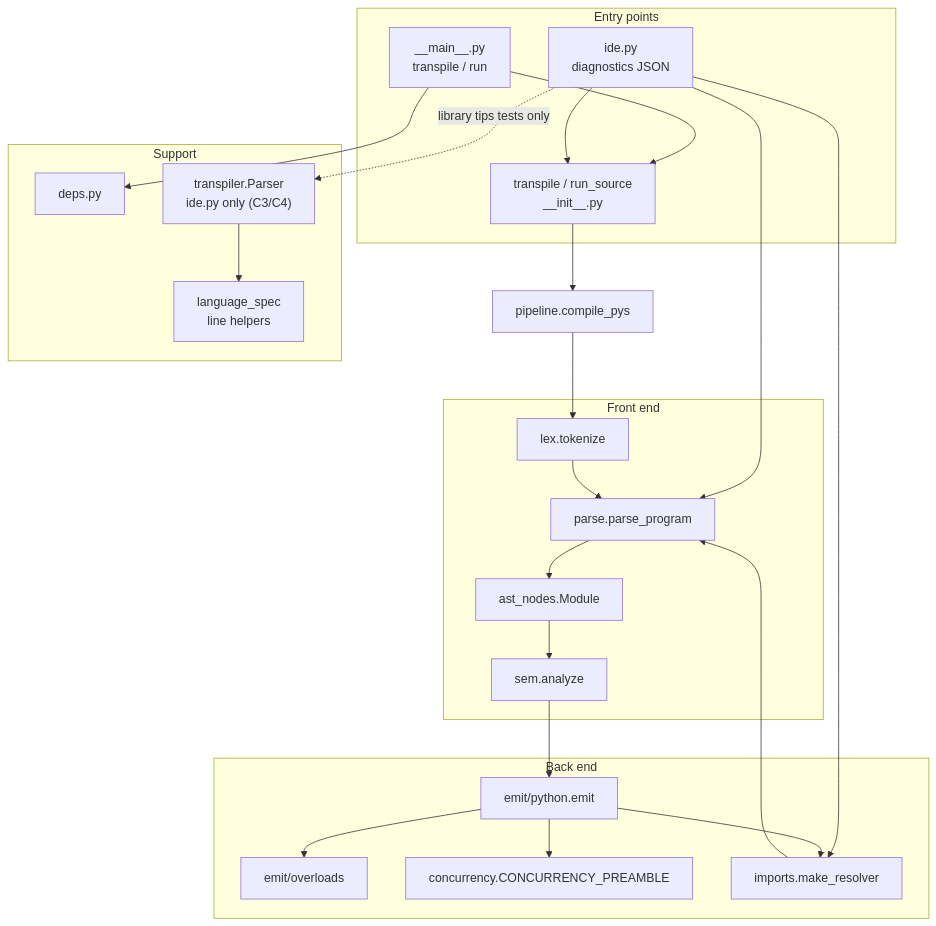
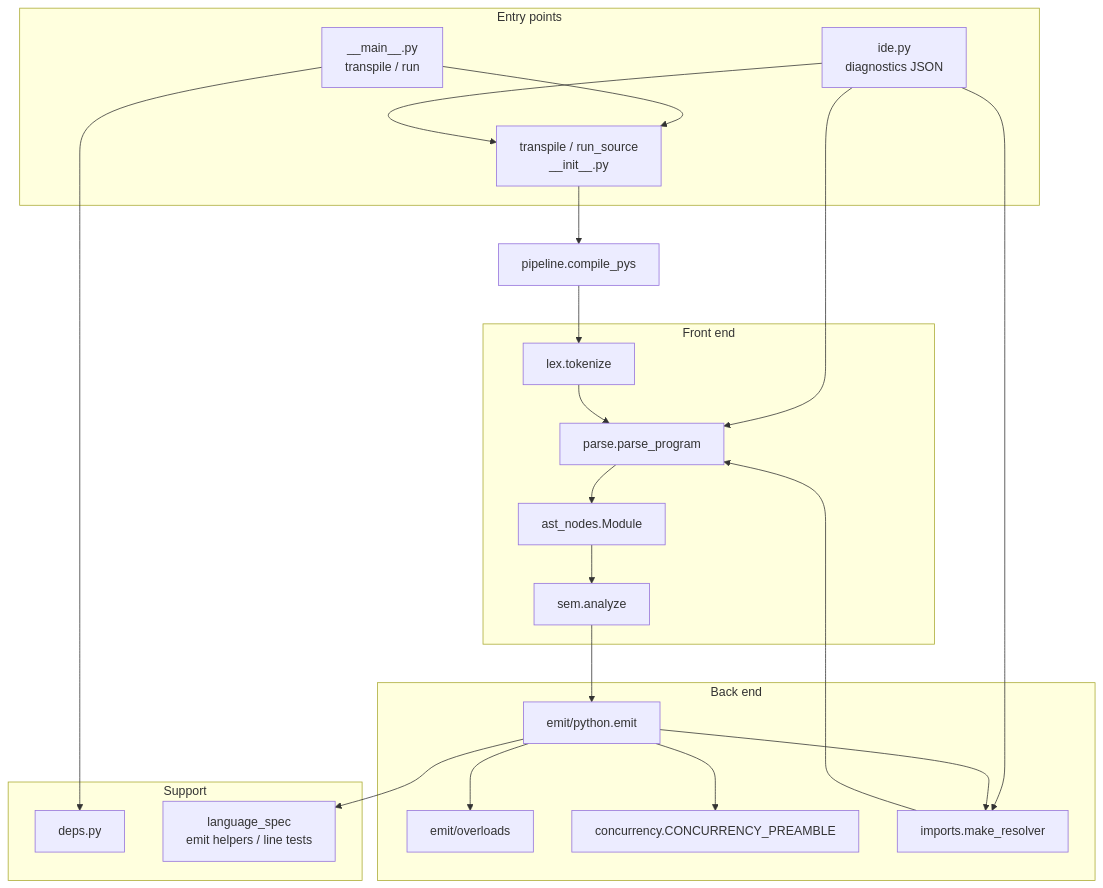
One commit to remideboer/pys changed the second of 7 diagrams in docs/ARCHITECTURE.md. Above: the diagram before and after it, drawn with Mermaid. The commit also changed other lines of this file and 5 other files, not shown here.

First line of the commit message:
refactor: delete legacy Parser; slim transpiler public API

````diff
--- a/docs/ARCHITECTURE.md
+++ b/docs/ARCHITECTURE.md
@@ -47,42 +47,40 @@
 ```mermaid
 flowchart TB
   subgraph entry [Entry points]
     Main["__main__.py<br/>transpile / run"]
     Public["transpile / run_source<br/>__init__.py"]
     Ide["ide.py<br/>diagnostics JSON"]
   end
 
   subgraph front [Front end]
     Lex["lex.tokenize"]
     Parse["parse.parse_program"]
     AST["ast_nodes.Module"]
     Sem["sem.analyze"]
   end
 
   subgraph back [Back end]
     Emit["emit/python.emit"]
     Over["emit/overloads"]
     Conc["concurrency.CONCURRENCY_PREAMBLE"]
     Imp["imports.make_resolver"]
   end
 
   subgraph support [Support]
     Deps["deps.py"]
-    IdeLegacy["transpiler.Parser<br/>ide.py only (C3/C4)"]
-    Spec["language_spec<br/>line helpers"]
+    Spec["language_spec<br/>emit helpers / line tests"]
   end
 
   Main --> Public
   Main --> Deps
   Ide --> Public
   Ide --> Imp
   Ide --> Parse
-  Ide -.->|library tips tests only| IdeLegacy
   Public --> Pipe["pipeline.compile_pys"]
   Pipe --> Lex --> Parse --> AST --> Sem --> Emit
   Emit --> Over
   Emit --> Conc
   Emit --> Imp
+  Emit --> Spec
   Imp --> Parse
-  IdeLegacy --> Spec
 ```
````
